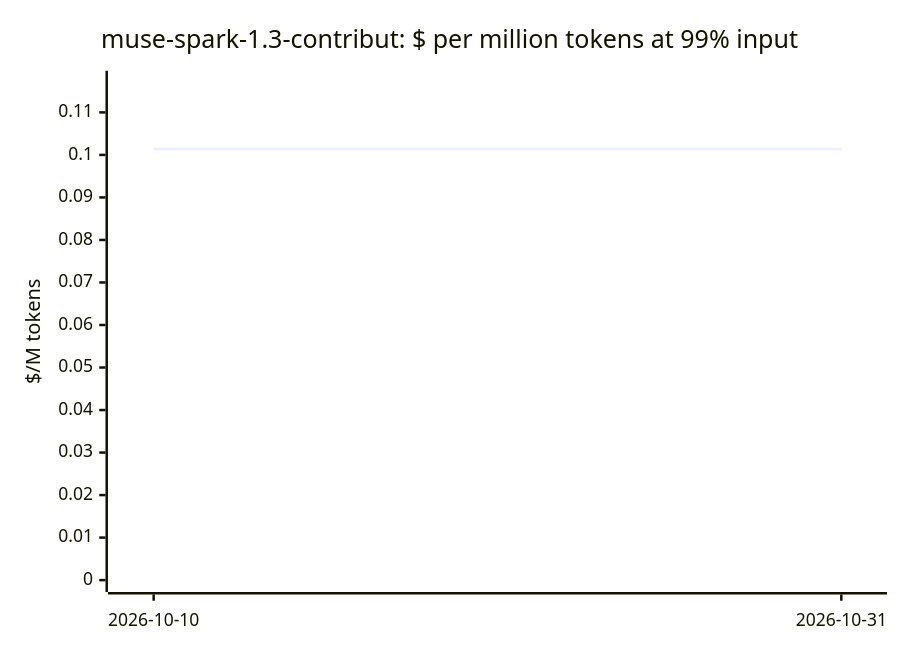
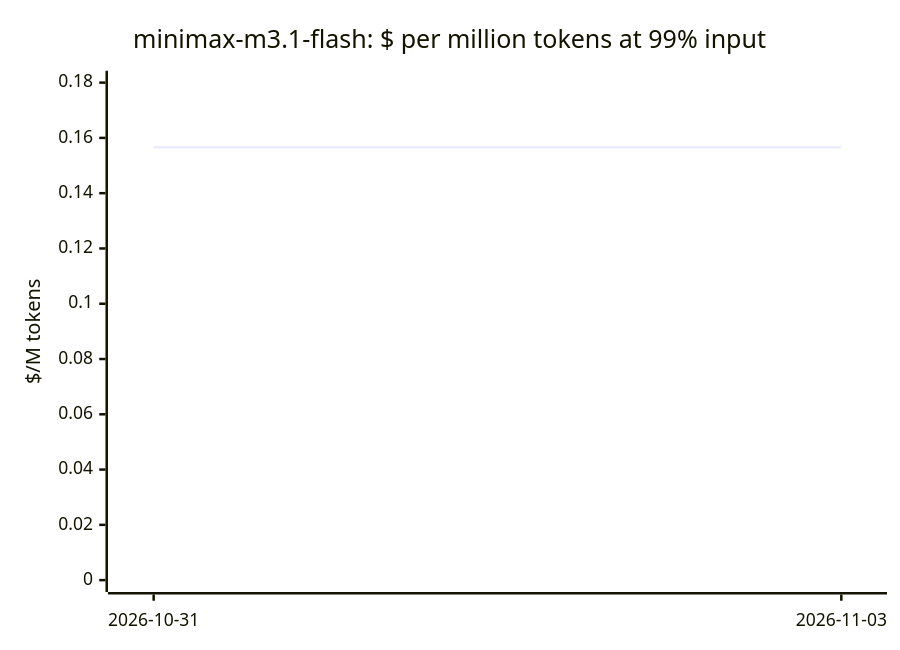
One commit to cklukas/OMEGA_TRANSFORM changed the tenth of 20 diagrams in docs/openrouter-models.md. Above: the diagram before and after it, drawn with Mermaid. The commit also changed other lines of this file and 469 other files, not shown here.

````diff
--- a/docs/openrouter-models.md
+++ b/docs/openrouter-models.md
@@ -215,7 +220,7 @@
 ```mermaid
 xychart-beta
-    title "muse-spark-1.3-contribut: $ per million tokens at 99% input"
-    x-axis ["2026-10-10", "2026-10-31"]
-    y-axis "$/M tokens" 0 --> 0.117
-    line [0.1014, 0.1014]
+    title "minimax-m3.1-flash: $ per million tokens at 99% input"
+    x-axis ["2026-10-31", "2026-11-03"]
+    y-axis "$/M tokens" 0 --> 0.18
+    line [0.1566, 0.1566]
 ```
````
